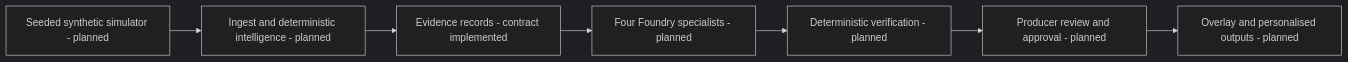
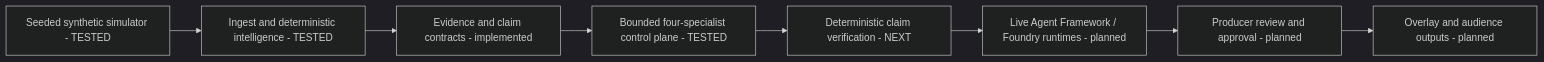
The diagram in README.md (GOkwori/matchdesk), drawn with Mermaid (dark theme) before and after one commit. The commit also changed other lines of this file, not shown here.

````diff
--- a/README.md
+++ b/README.md
@@ -42,9 +46,10 @@
 ```mermaid
 flowchart LR
-    S[Seeded synthetic simulator - planned] --> I[Ingest and deterministic intelligence - planned]
-    I --> E[Evidence records - contract implemented]
-    E --> A[Four Foundry specialists - planned]
-    A --> V[Deterministic verification - planned]
-    V --> P[Producer review and approval - planned]
-    P --> O[Overlay and personalised outputs - planned]
+    S[Seeded synthetic simulator - TESTED] --> I[Ingest and deterministic intelligence - TESTED]
+    I --> E[Evidence and claim contracts - implemented]
+    E --> C[Bounded four-specialist control plane - TESTED]
+    C --> V[Deterministic claim verification - NEXT]
+    V --> A[Live Agent Framework / Foundry runtimes - planned]
+    A --> P[Producer review and approval - planned]
+    P --> O[Overlay and audience outputs - planned]
 ```
````
